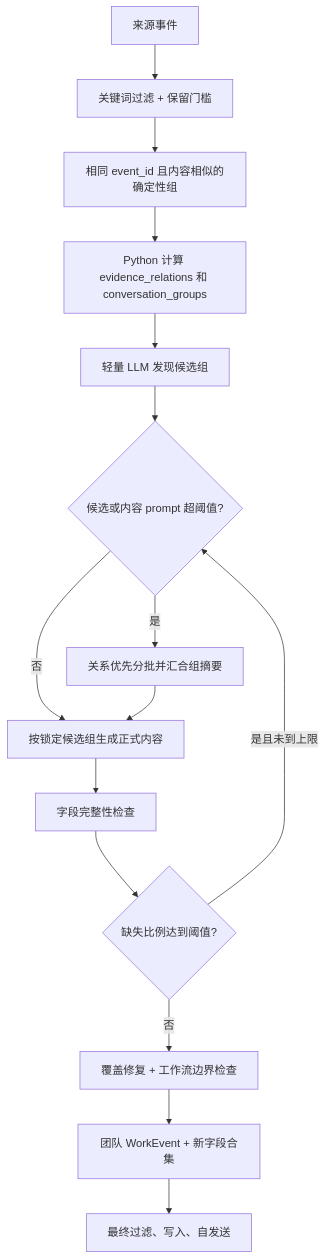
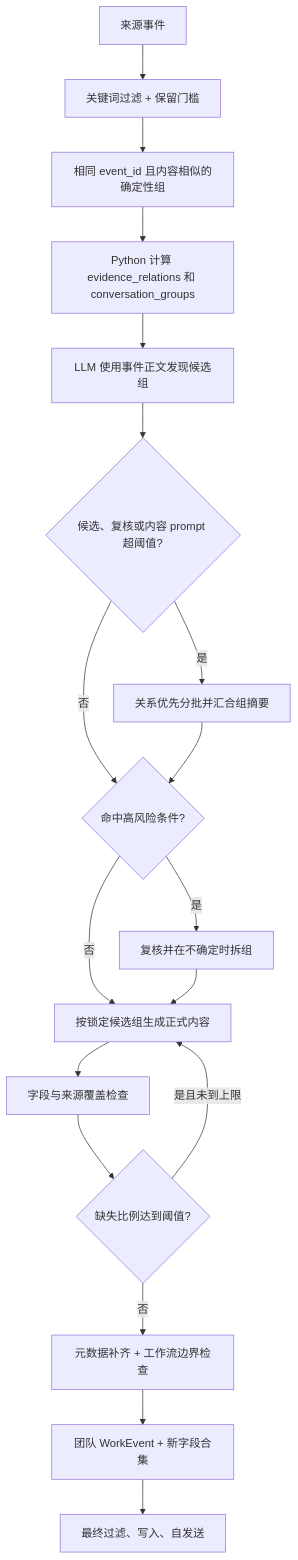
The fourth of 4 diagrams in docs/detailed-design.md (sunweisheng/WorkTrace), drawn with Mermaid before and after one commit. The commit also changed other lines of this file and 25 other files, not shown here.

````diff
--- a/docs/detailed-design.md
+++ b/docs/detailed-design.md
@@ -289,17 +289,20 @@
 ```mermaid
 flowchart TD
     A["来源事件"] --> B["关键词过滤 + 保留门槛"]
     B --> C["相同 event_id 且内容相似的确定性组"]
     C --> D["Python 计算 evidence_relations 和 conversation_groups"]
-    D --> E["轻量 LLM 发现候选组"]
-    E --> F{"候选或内容 prompt 超阈值?"}
+    D --> E["LLM 使用事件正文发现候选组"]
+    E --> F{"候选、复核或内容 prompt 超阈值?"}
     F -->|"是"| G["关系优先分批并汇合组摘要"]
-    F -->|"否"| H["按锁定候选组生成正式内容"]
-    G --> H
-    H --> I["字段完整性检查"]
+    F -->|"否"| R{"命中高风险条件?"}
+    G --> R
+    R -->|"是"| V["复核并在不确定时拆组"]
+    R -->|"否"| H["按锁定候选组生成正式内容"]
+    V --> H
+    H --> I["字段与来源覆盖检查"]
     I --> J{"缺失比例达到阈值?"}
-    J -->|"是且未到上限"| F
-    J -->|"否"| K["覆盖修复 + 工作流边界检查"]
+    J -->|"是且未到上限"| H
+    J -->|"否"| K["元数据补齐 + 工作流边界检查"]
     K --> L["团队 WorkEvent + 新字段合集"]
     L --> M["最终过滤、写入、自发送"]
 ```
````
